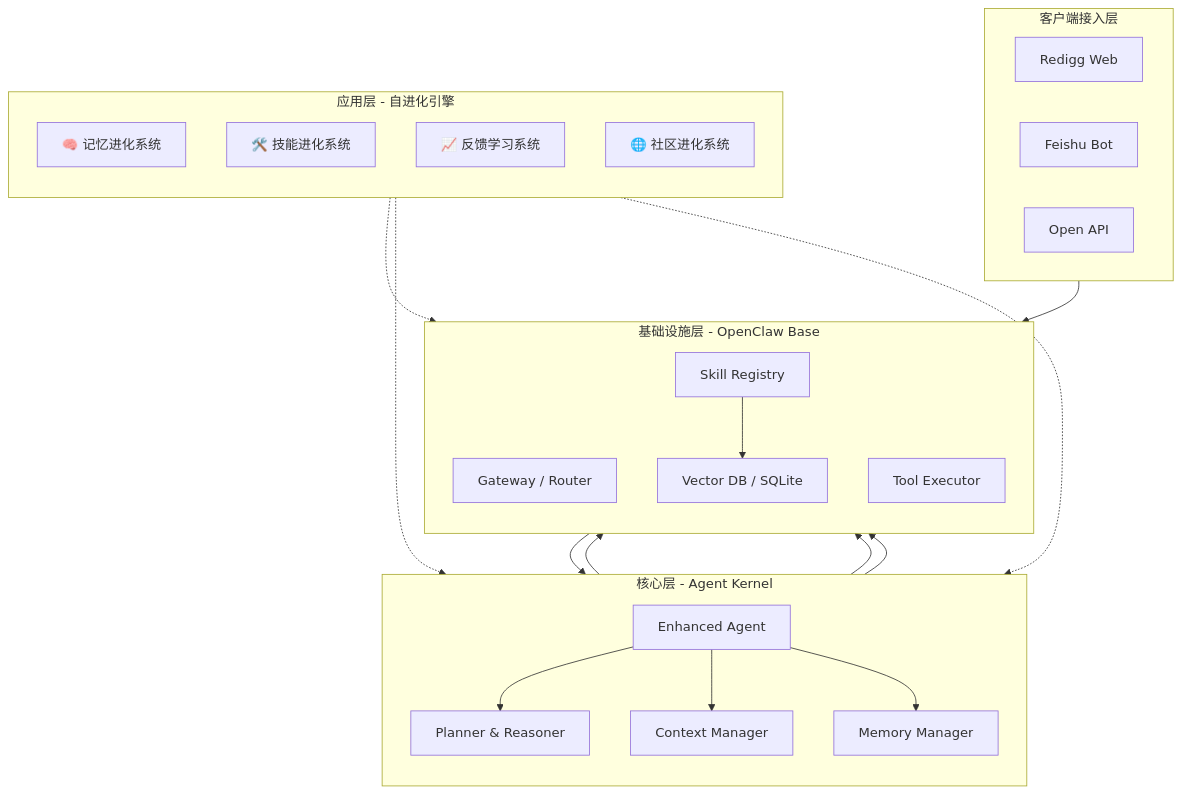
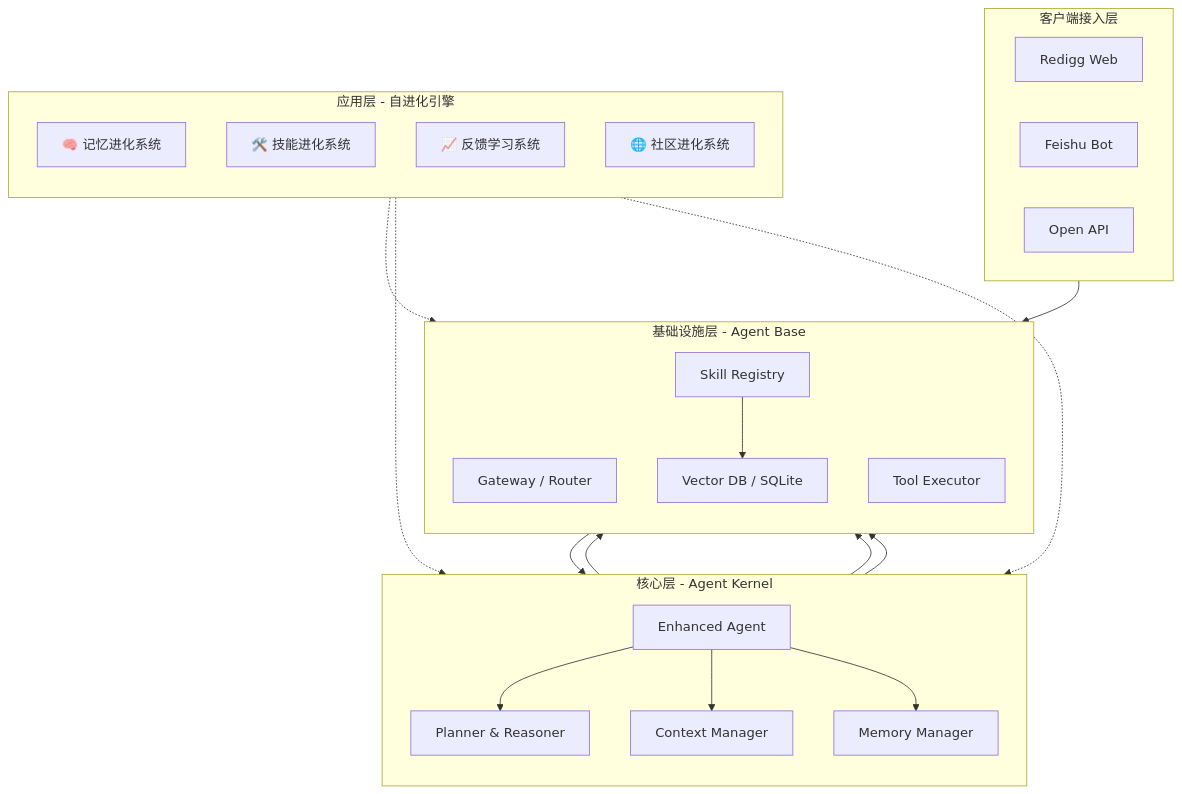
The second of 3 diagrams in docs/redigg-design.md (redigg/redigg), drawn with Mermaid before and after one commit. The commit also changed other lines of this file and 4 other files, not shown here.

````diff
--- a/docs/redigg-design.md
+++ b/docs/redigg-design.md
@@ -89,49 +89,49 @@
 ```mermaid
 graph TB
     subgraph Client [客户端接入层]
         Web[Redigg Web]
         Feishu[Feishu Bot]
         API[Open API]
     end
 
     subgraph App [应用层 - 自进化引擎]
         direction TB
         MemoryEvo[🧠 记忆进化系统]
         SkillEvo[🛠️ 技能进化系统]
         FeedbackEvo[📈 反馈学习系统]
         CommunityEvo[🌐 社区进化系统]
     end
 
     subgraph Core [核心层 - Agent Kernel]
         direction TB
         Agent[Enhanced Agent]
         Planner[Planner & Reasoner]
         Context[Context Manager]
         Memory[Memory Manager]
     end
 
-    subgraph Infra [基础设施层 - OpenClaw Base]
+    subgraph Infra [基础设施层 - Agent Base]
         direction TB
         Gateway[Gateway / Router]
         Skills[Skill Registry]
         Tools[Tool Executor]
         Storage[Vector DB / SQLite]
     end
 
     Client --> Gateway
     Gateway --> Agent
     
     Agent --> Planner
     Agent --> Context
     Agent --> Memory
     
     Planner --> Skills
     Planner --> Tools
     
     MemoryEvo -.-> Memory
     SkillEvo -.-> Skills
     FeedbackEvo -.-> Agent
     
     Memory --> Storage
     Skills --> Storage
 ```
````
